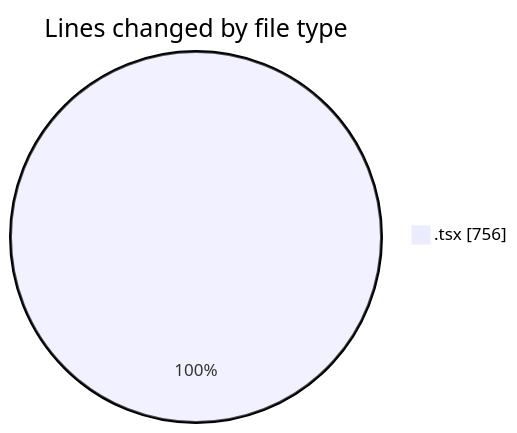
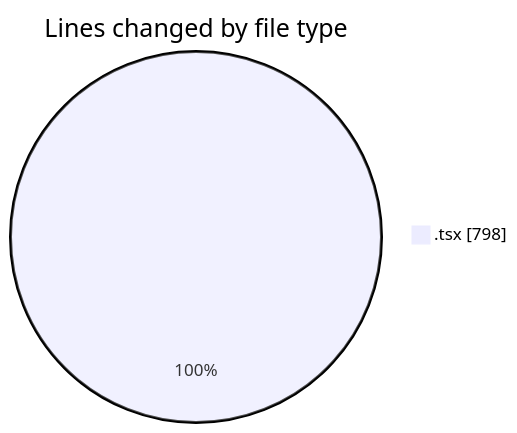
The first of 2 diagrams in 2026-02-25/nxtqube_webapp/README.md (nxtqubesakshisongat/code-tracking), drawn with Mermaid before and after one commit. The commit also changed other lines of this file and 1 other file, not shown here.

````diff
--- a/2026-02-25/nxtqube_webapp/README.md
+++ b/2026-02-25/nxtqube_webapp/README.md
@@ -20,5 +20,5 @@
 ```mermaid
 pie showData
 title Lines changed by file type
-".tsx" : 756
+".tsx" : 798
 ```
````
